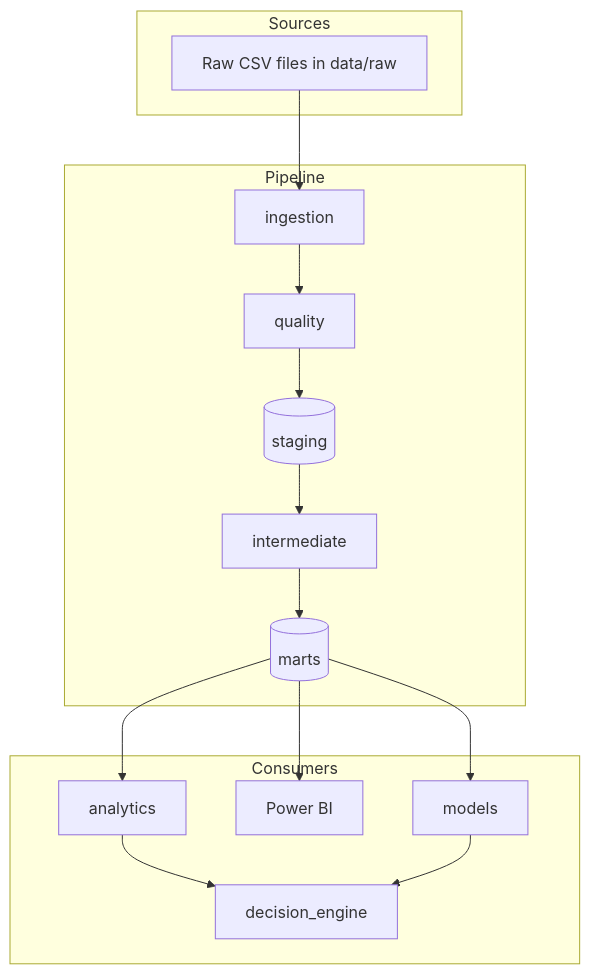
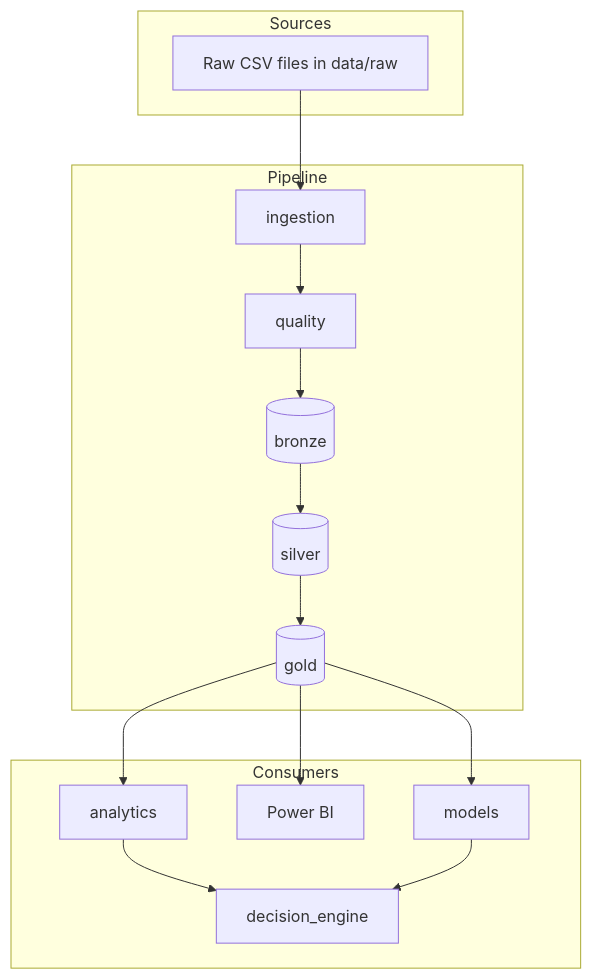
One commit to musab-abukaraki-66/signalforge changed the diagram in docs/ARCHITECTURE.md. Above: the diagram before and after it, drawn with Mermaid. The commit also changed other lines of this file and 51 other files, not shown here.

````diff
--- a/docs/ARCHITECTURE.md
+++ b/docs/ARCHITECTURE.md
@@ -7,24 +7,24 @@
 ```mermaid
 flowchart TB
     subgraph Sources
         S1[Raw CSV files in data/raw]
     end
     subgraph Pipeline
         I[ingestion] --> Q[quality]
-        Q --> ST[(staging)]
-        ST --> IM[intermediate]
-        IM --> M[(marts)]
+        Q --> ST[(bronze)]
+        ST --> IM[(silver)]
+        IM --> M[(gold)]
     end
     subgraph Consumers
         AN[analytics]
         BI[Power BI]
         ML[models]
         DE[decision_engine]
     end
     S1 --> I
     M --> AN
     M --> BI
     M --> ML
     AN --> DE
     ML --> DE
 ```
````
